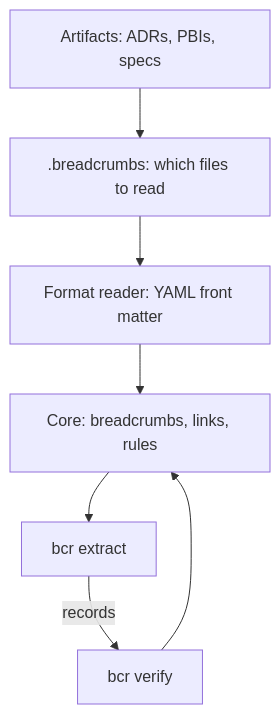
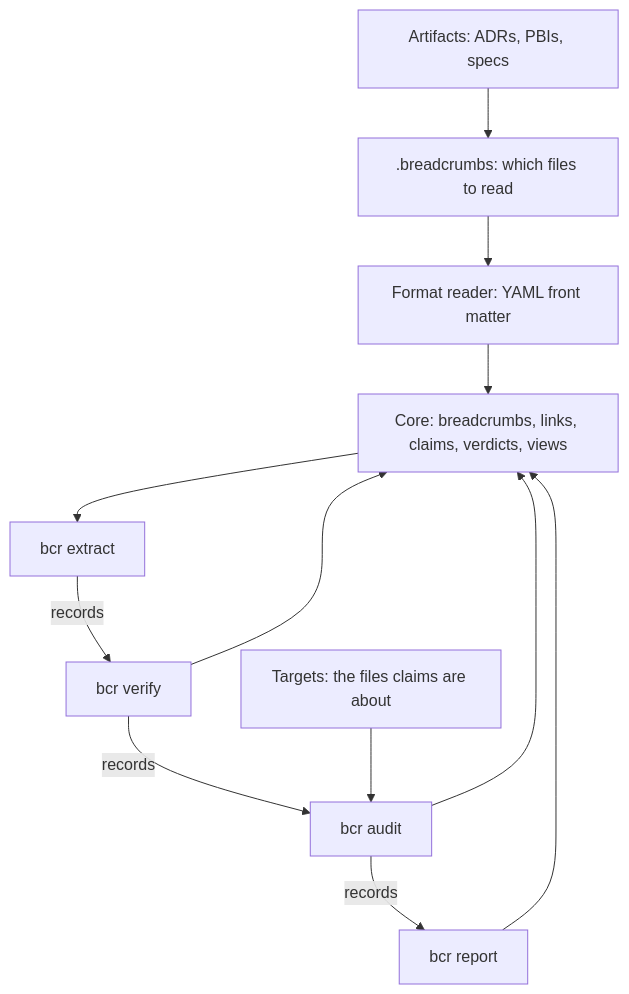
One commit to rodolfo-mendes/breadcrumb-sdd changed the diagram in ARCHITECTURE.md. Above: the diagram before and after it, drawn with Mermaid. The commit also changed other lines of this file and 5 other files, not shown here.

````diff
--- a/ARCHITECTURE.md
+++ b/ARCHITECTURE.md
@@ -20,9 +20,14 @@
 ```mermaid
 flowchart TD
   A["Artifacts: ADRs, PBIs, specs"] --> S[".breadcrumbs: which files to read"]
   S --> R["Format reader: YAML front matter"]
-  R --> C["Core: breadcrumbs, links, rules"]
+  R --> C["Core: breadcrumbs, links, claims, verdicts, views"]
   C --> E["bcr extract"]
   E -- records --> V["bcr verify"]
+  V -- records --> U["bcr audit"]
+  U -- records --> P["bcr report"]
+  T["Targets: the files claims are about"] --> U
   V --> C
+  U --> C
+  P --> C
 ```
````
